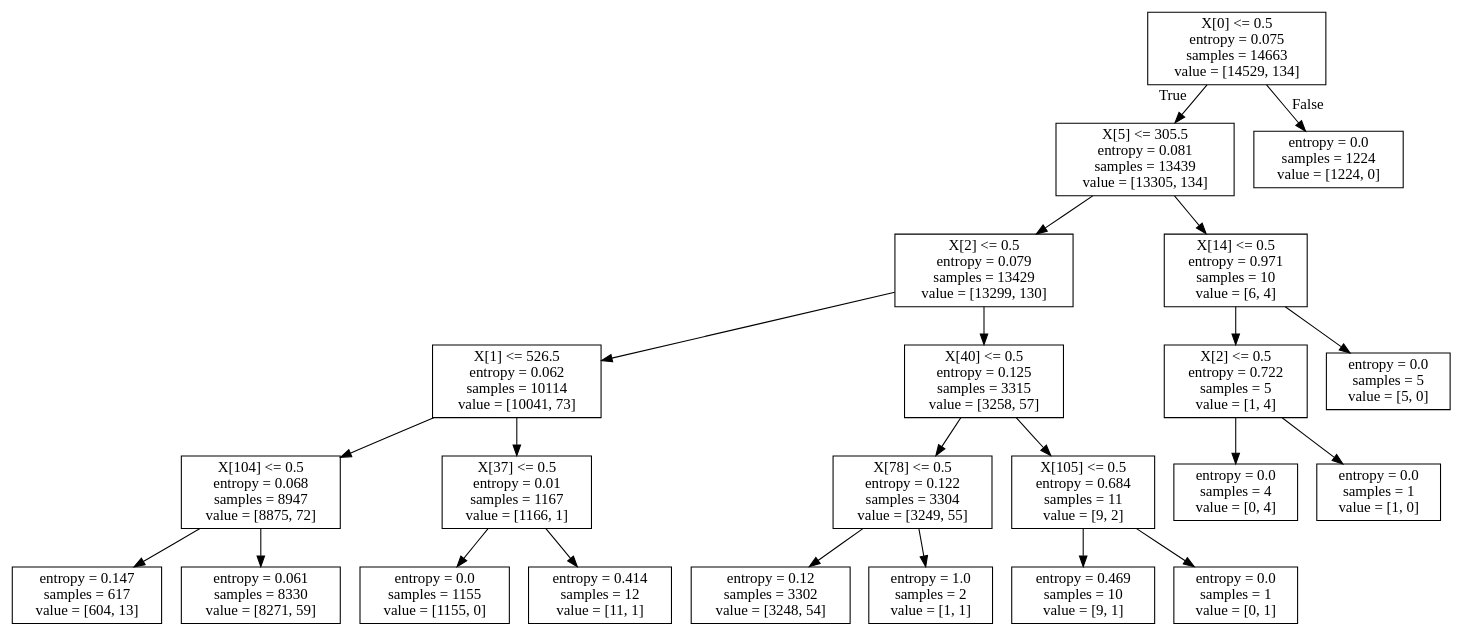
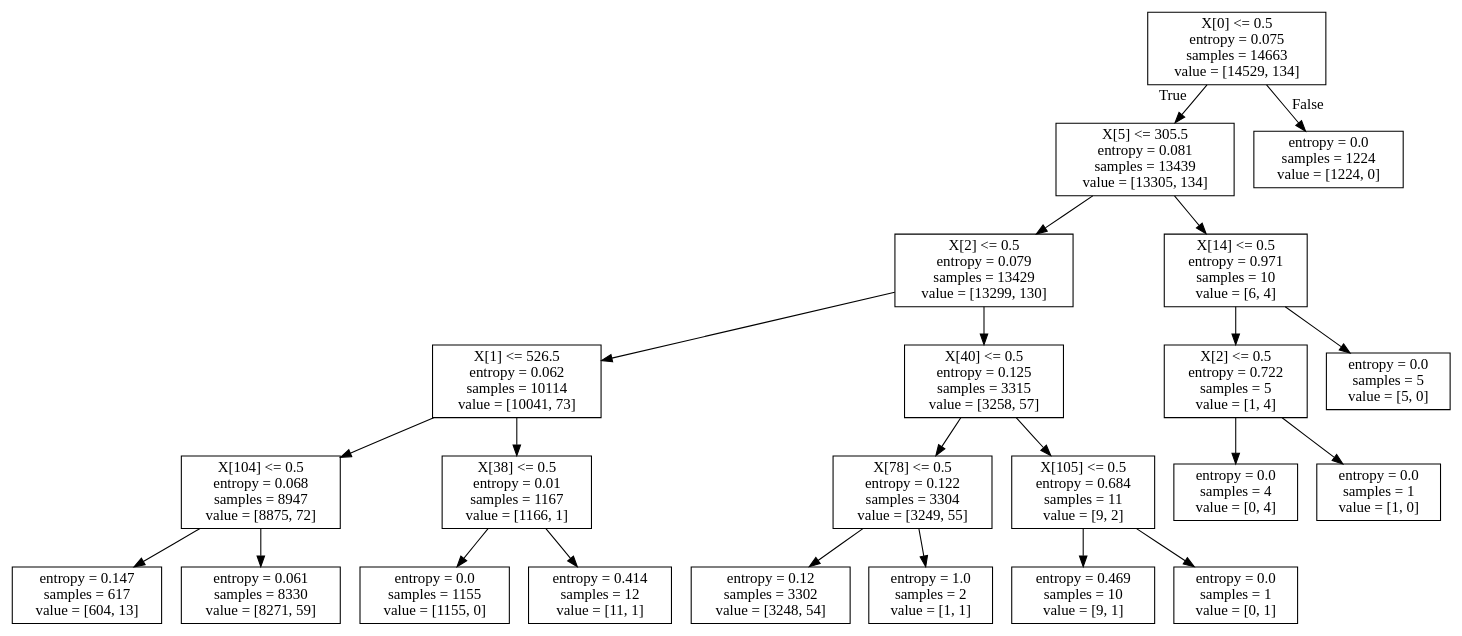
One commit to jls731/infrep17project changed the diagram in tree.dot. Above: the diagram before and after it, drawn with Graphviz. The commit also changed 2 other files, not shown here.

```diff
--- a/tree.dot
+++ b/tree.dot
@@ -1,48 +1,48 @@
 digraph Tree {
 node [shape=box] ;
 0 [label="X[0] <= 0.5\nentropy = 0.075\nsamples = 14663\nvalue = [14529, 134]"] ;
 1 [label="X[5] <= 305.5\nentropy = 0.081\nsamples = 13439\nvalue = [13305, 134]"] ;
 0 -> 1 [labeldistance=2.5, labelangle=45, headlabel="True"] ;
 2 [label="X[2] <= 0.5\nentropy = 0.079\nsamples = 13429\nvalue = [13299, 130]"] ;
 1 -> 2 ;
 3 [label="X[1] <= 526.5\nentropy = 0.062\nsamples = 10114\nvalue = [10041, 73]"] ;
 2 -> 3 ;
 4 [label="X[104] <= 0.5\nentropy = 0.068\nsamples = 8947\nvalue = [8875, 72]"] ;
 3 -> 4 ;
 5 [label="entropy = 0.147\nsamples = 617\nvalue = [604, 13]"] ;
 4 -> 5 ;
 6 [label="entropy = 0.061\nsamples = 8330\nvalue = [8271, 59]"] ;
 4 -> 6 ;
-7 [label="X[37] <= 0.5\nentropy = 0.01\nsamples = 1167\nvalue = [1166, 1]"] ;
+7 [label="X[38] <= 0.5\nentropy = 0.01\nsamples = 1167\nvalue = [1166, 1]"] ;
 3 -> 7 ;
 8 [label="entropy = 0.0\nsamples = 1155\nvalue = [1155, 0]"] ;
 7 -> 8 ;
 9 [label="entropy = 0.414\nsamples = 12\nvalue = [11, 1]"] ;
 7 -> 9 ;
 10 [label="X[40] <= 0.5\nentropy = 0.125\nsamples = 3315\nvalue = [3258, 57]"] ;
 2 -> 10 ;
 11 [label="X[78] <= 0.5\nentropy = 0.122\nsamples = 3304\nvalue = [3249, 55]"] ;
 10 -> 11 ;
 12 [label="entropy = 0.12\nsamples = 3302\nvalue = [3248, 54]"] ;
 11 -> 12 ;
 13 [label="entropy = 1.0\nsamples = 2\nvalue = [1, 1]"] ;
 11 -> 13 ;
 14 [label="X[105] <= 0.5\nentropy = 0.684\nsamples = 11\nvalue = [9, 2]"] ;
 10 -> 14 ;
 15 [label="entropy = 0.469\nsamples = 10\nvalue = [9, 1]"] ;
 14 -> 15 ;
 16 [label="entropy = 0.0\nsamples = 1\nvalue = [0, 1]"] ;
 14 -> 16 ;
 17 [label="X[14] <= 0.5\nentropy = 0.971\nsamples = 10\nvalue = [6, 4]"] ;
 1 -> 17 ;
 18 [label="X[2] <= 0.5\nentropy = 0.722\nsamples = 5\nvalue = [1, 4]"] ;
 17 -> 18 ;
 19 [label="entropy = 0.0\nsamples = 4\nvalue = [0, 4]"] ;
 18 -> 19 ;
 20 [label="entropy = 0.0\nsamples = 1\nvalue = [1, 0]"] ;
 18 -> 20 ;
 21 [label="entropy = 0.0\nsamples = 5\nvalue = [5, 0]"] ;
 17 -> 21 ;
 22 [label="entropy = 0.0\nsamples = 1224\nvalue = [1224, 0]"] ;
 0 -> 22 [labeldistance=2.5, labelangle=-45, headlabel="False"] ;
 }
```
